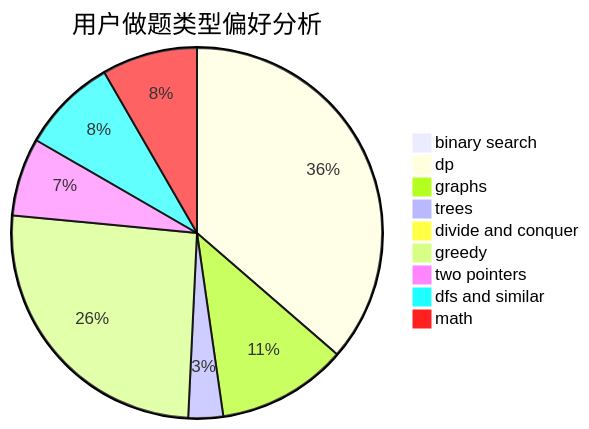
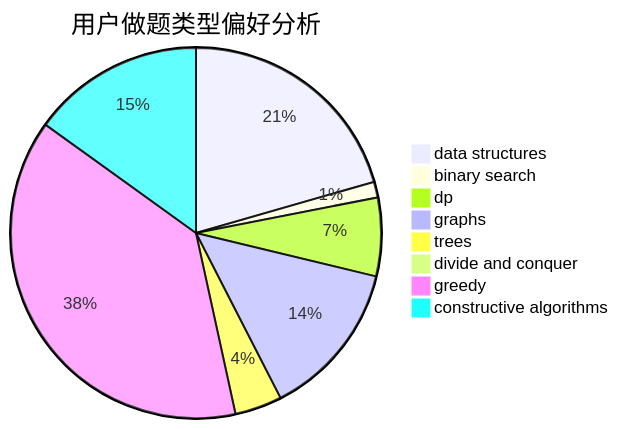
The second of 3 diagrams in docs/user/u1739.md (sherpahu/cfrs.github.io), drawn with Mermaid before and after one commit. The commit also changed other lines of this file and 2775 other files, not shown here.

````diff
--- a/docs/user/u1739.md
+++ b/docs/user/u1739.md
@@ -23,12 +23,11 @@
 ```mermaid
 pie title 用户做题类型偏好分析
+    "data structures" :  15
     "binary search" :  1
-    "dp" :  48
-    "graphs" :  15
-    "trees" :  4
+    "dp" :  5
+    "graphs" :  10
+    "trees" :  3
     "divide and conquer" :  0
-    "greedy" :  34
-    "two pointers" :  9
-    "dfs and similar" :  11
-    "math" :  11
+    "greedy" :  28
+    "constructive algorithms" :  11
 ```
````
